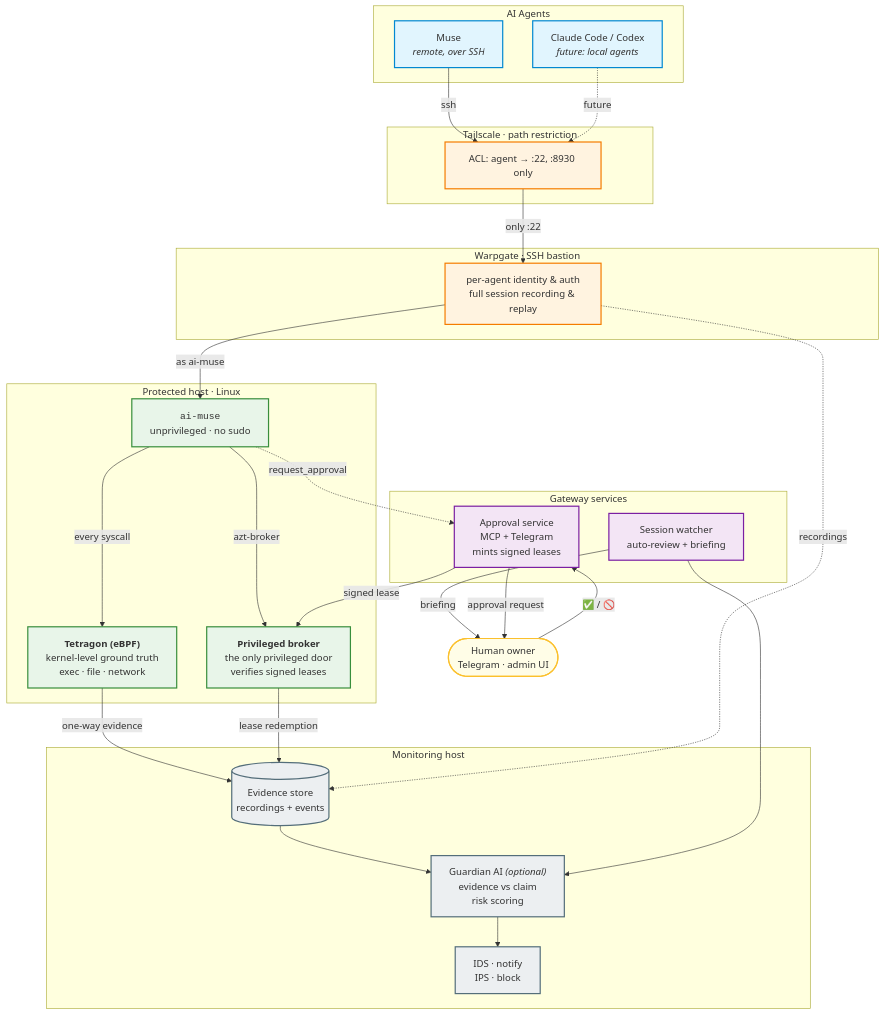
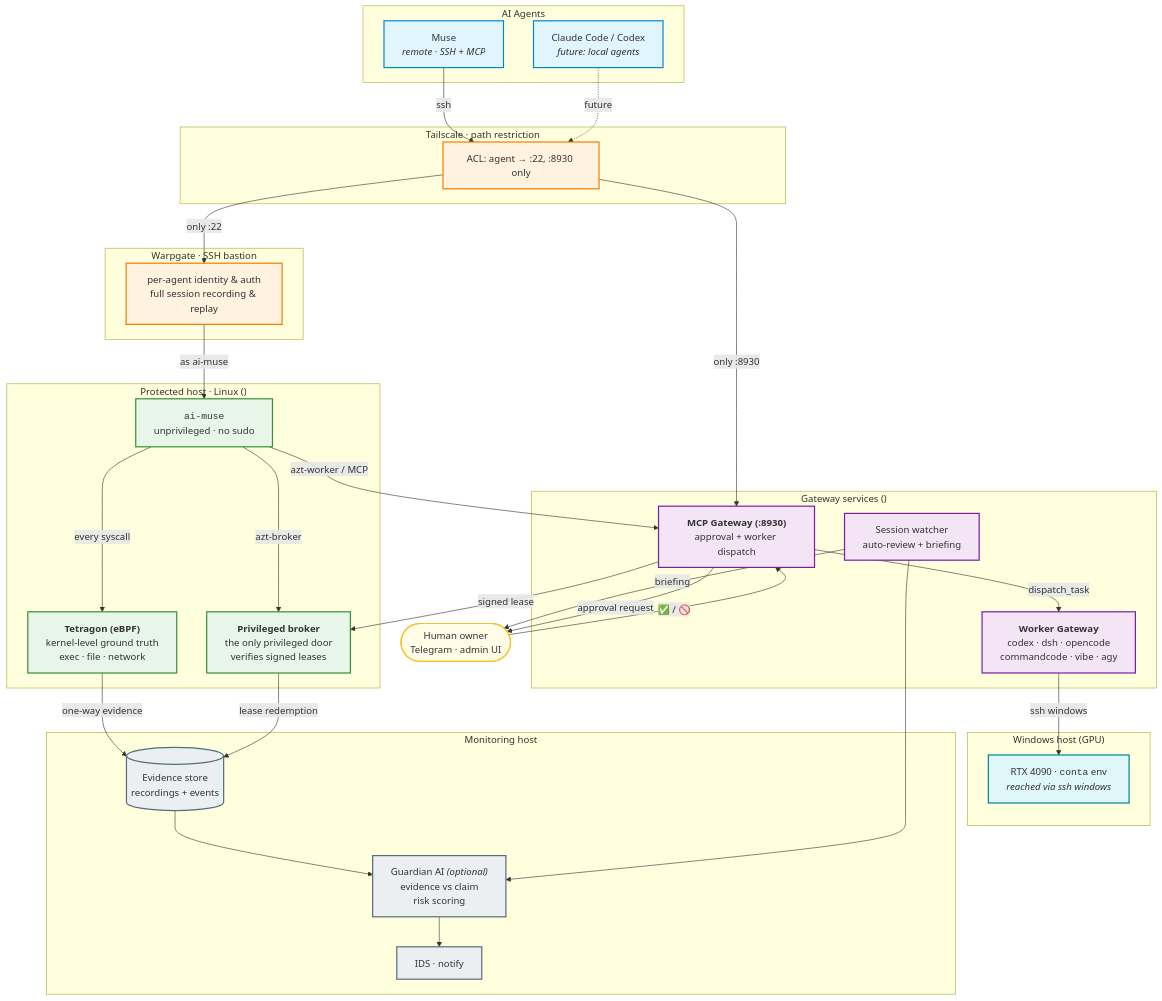
Before and after one commit to ganpare/agent-zerotrust: the diagram in README.md, drawn with Mermaid. The commit also changed other lines of this file and 2 other files, not shown here.

Commit message:
docs: align architecture diagrams with the deployed system
- README (en/ja) and docs/architecture.md now show:
  * MCP Gateway (:8930) as the control plane (approval + worker dispatch)
  * Worker Gateway dispatching to local CLI agents (codex, dsh, opencode,
    commandcode, vibe, agy)
  * Windows GPU work reached only via `ssh windows` (no mounts, no extra
    Windows users)
  * the current IDS/IPS posture: IDS live (review + Telegram), IPS
    enforced at the OS boundary (no sudo, broker+lease), egress default-deny
    and Tetragon enforcement are Phase 3 follow-ups

````diff
--- a/README.md
+++ b/README.md
@@ -42,66 +42,75 @@
 ```mermaid
 flowchart TB
     subgraph agents["AI Agents"]
-        muse["Muse<br/><i>remote, over SSH</i>"]
+        muse["Muse<br/><i>remote · SSH + MCP</i>"]
         local["Claude Code / Codex<br/><i>future: local agents</i>"]
     end
 
     subgraph tailnet["Tailscale · path restriction"]
         acl["ACL: agent → :22, :8930 only"]
     end
 
     subgraph bastion["Warpgate · SSH bastion"]
         wg["per-agent identity & auth<br/>full session recording & replay"]
     end
 
-    subgraph protected["Protected host · Linux"]
+    subgraph protected["Protected host · Linux (<PROTECTED_HOST>)"]
         user["<code>ai-muse</code><br/>unprivileged · no sudo"]
         tg["<b>Tetragon (eBPF)</b><br/>kernel-level ground truth<br/>exec · file · network"]
         broker["<b>Privileged broker</b><br/>the only privileged door<br/>verifies signed leases"]
     end
 
-    subgraph gateway["Gateway services"]
-        approvals["Approval service<br/>MCP + Telegram<br/>mints signed leases"]
+    subgraph gateway["Gateway services (<PROTECTED_HOST>)"]
+        mcp["<b>MCP Gateway (:8930)</b><br/>approval + worker dispatch"]
         watcher["Session watcher<br/>auto-review + briefing"]
+        workers["<b>Worker Gateway</b><br/>codex · dsh · opencode<br/>commandcode · vibe · agy"]
+    end
+
+    subgraph windows["Windows host (GPU)"]
+        win["RTX 4090 · <code>conta</code> env<br/><i>reached via ssh windows</i>"]
     end
 
     subgraph monitoring["Monitoring host"]
         store[("Evidence store<br/>recordings + events")]
         guardian["Guardian AI <i>(optional)</i><br/>evidence vs claim<br/>risk scoring"]
-        ids["IDS · notify<br/>IPS · block"]
+        ids["IDS · notify"]
     end
 
     human(["Human owner<br/>Telegram · admin UI"])
 
     muse -->|"ssh"| acl
     local -.->|"future"| acl
     acl -->|"only :22"| wg
+    acl -->|"only :8930"| mcp
     wg -->|"as ai-muse"| user
     user -->|"every syscall"| tg
     user -->|"azt-broker"| broker
+    user -->|"azt-worker / MCP"| mcp
+    mcp -->|"dispatch_task"| workers
+    workers -->|"ssh windows"| win
     tg -->|"one-way evidence"| store
     broker -->|"lease redemption"| store
     store --> guardian
     guardian --> ids
     watcher --> guardian
     watcher -->|"briefing"| human
-    approvals -->|"approval request"| human
-    human -->|"✅ / 🚫"| approvals
-    approvals -->|"signed lease"| broker
-    user -.->|"request_approval"| approvals
-    wg -.->|"recordings"| store
+    mcp -->|"approval request"| human
+    human -->|"✅ / 🚫"| mcp
+    mcp -->|"signed lease"| broker
 
     classDef agent fill:#e1f5fe,stroke:#0288d1,stroke-width:2px
     classDef bastionBox fill:#fff3e0,stroke:#f57c00,stroke-width:2px
     classDef hostBox fill:#e8f5e9,stroke:#388e3c,stroke-width:2px
     classDef controlBox fill:#f3e5f5,stroke:#7b1fa2,stroke-width:2px
     classDef monBox fill:#eceff1,stroke:#546e7a,stroke-width:2px
     classDef humanBox fill:#fffde7,stroke:#fbc02d,stroke-width:2px
+    classDef winBox fill:#e0f7fa,stroke:#00838f,stroke-width:2px
 
     class muse,local agent
     class acl,wg bastionBox
     class user,tg,broker hostBox
-    class approvals,watcher controlBox
+    class mcp,watcher,workers controlBox
     class store,guardian,ids monBox
     class human humanBox
+    class win winBox
 ```
````
